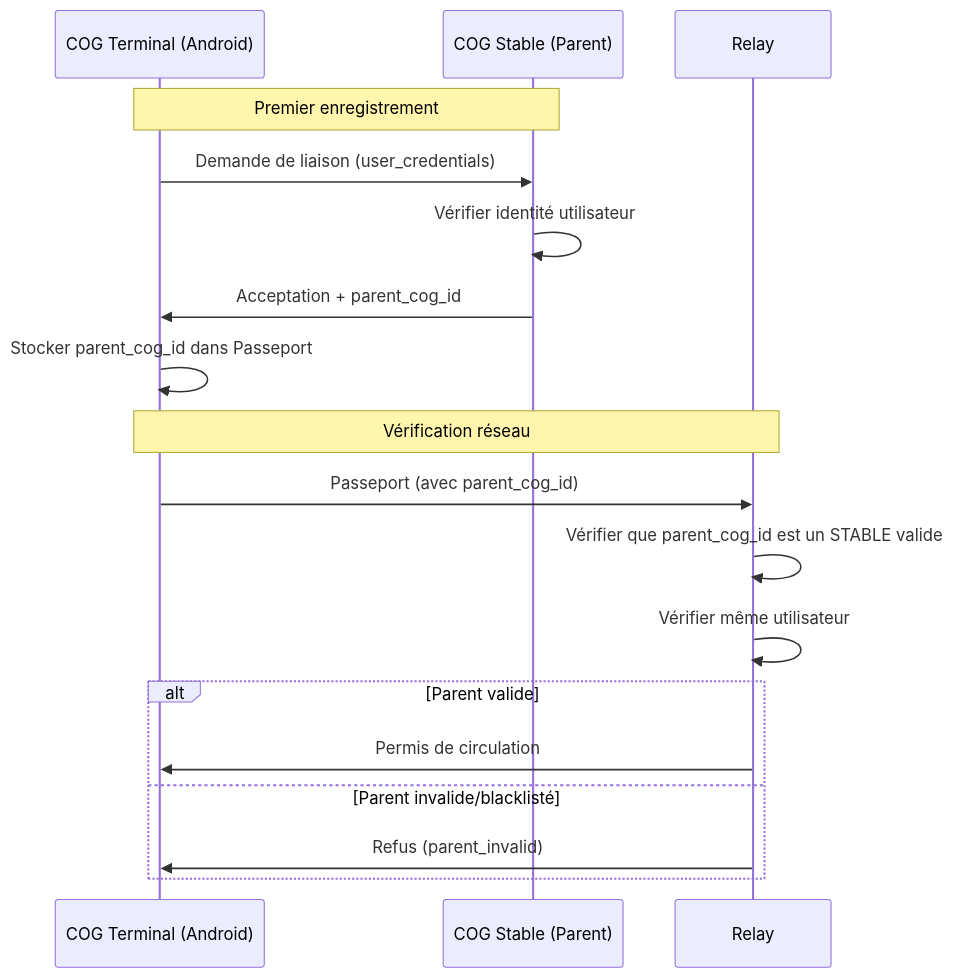
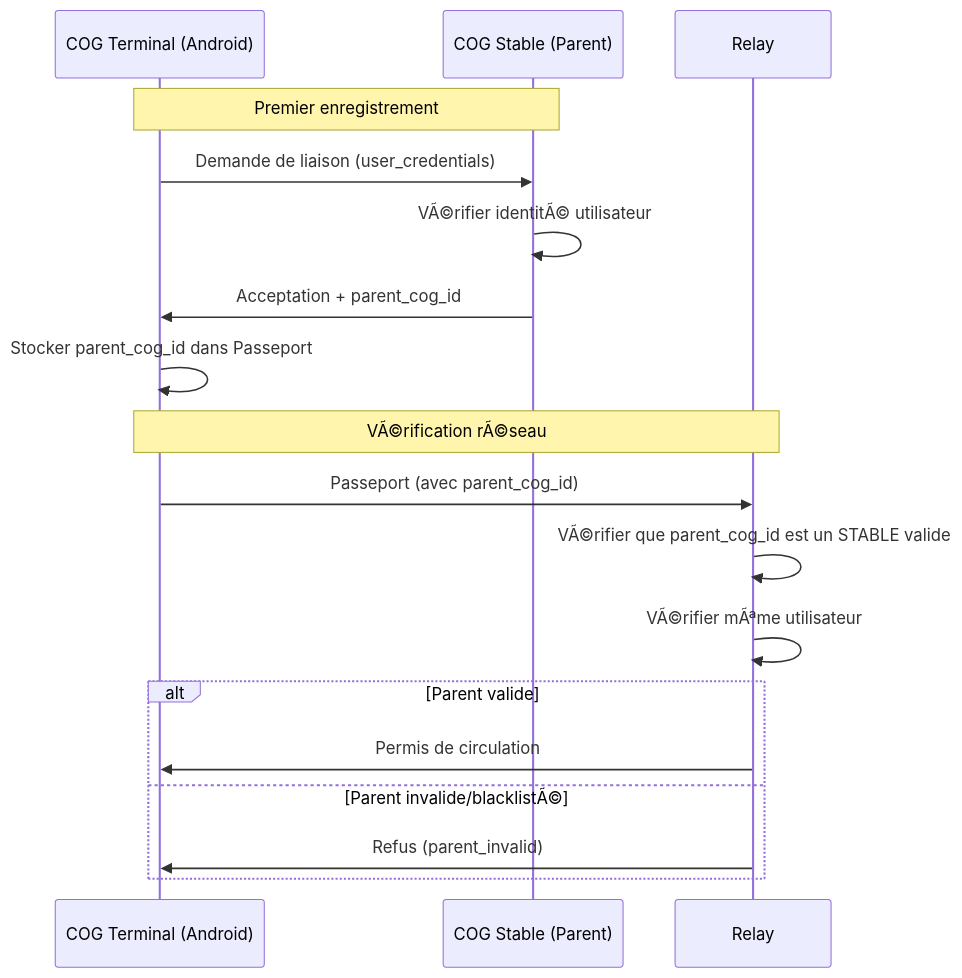
The second of 7 diagrams in docs/miyukini-webway-system/verification/MWS - Passeport et Visa.md (StudioMiyukini/miyukini_cog), drawn with Mermaid before and after one commit. The commit also changed other lines of this file and 1287 other files, not shown here.

````diff
--- a/docs/miyukini-webway-system/verification/MWS - Passeport et Visa.md
+++ b/docs/miyukini-webway-system/verification/MWS - Passeport et Visa.md
@@ -256,22 +256,22 @@
 ```mermaid
 sequenceDiagram
     participant T as COG Terminal (Android)
     participant S as COG Stable (Parent)
     participant R as Relay
 
     Note over T,S: Premier enregistrement
     T->>S: Demande de liaison (user_credentials)
-    S->>S: Vérifier identité utilisateur
+    S->>S: VÃ©rifier identitÃ© utilisateur
     S->>T: Acceptation + parent_cog_id
     T->>T: Stocker parent_cog_id dans Passeport
 
-    Note over T,R: Vérification réseau
+    Note over T,R: VÃ©rification rÃ©seau
     T->>R: Passeport (avec parent_cog_id)
-    R->>R: Vérifier que parent_cog_id est un STABLE valide
-    R->>R: Vérifier même utilisateur
+    R->>R: VÃ©rifier que parent_cog_id est un STABLE valide
+    R->>R: VÃ©rifier mÃªme utilisateur
     alt Parent valide
         R->>T: Permis de circulation
-    else Parent invalide/blacklisté
+    else Parent invalide/blacklistÃ©
         R->>T: Refus (parent_invalid)
     end
 ```
````
